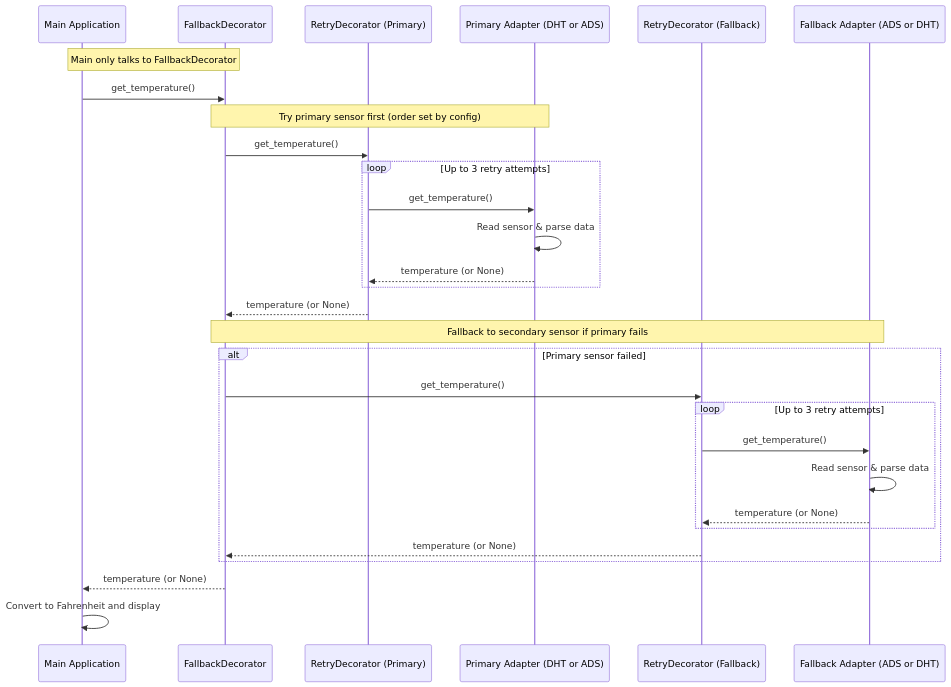
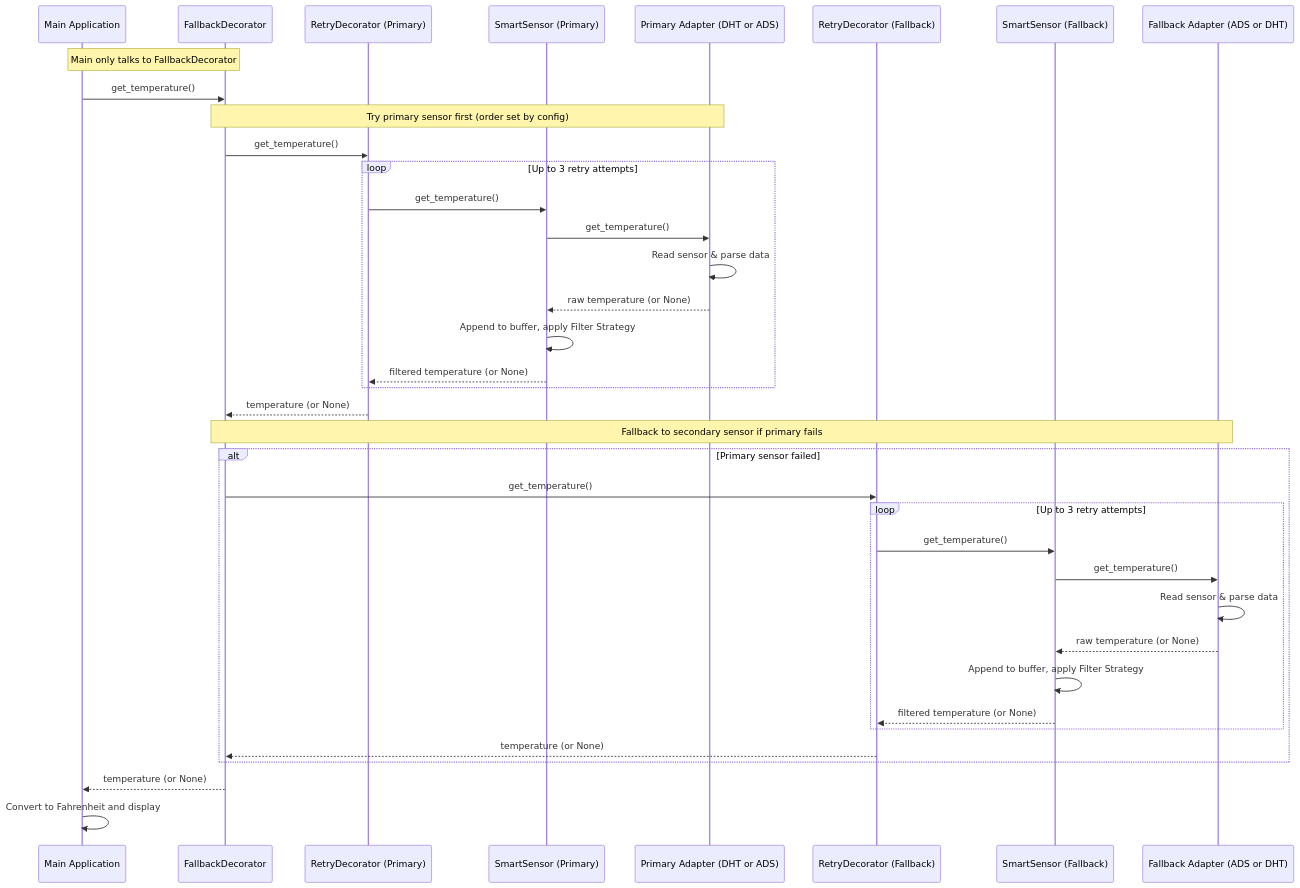
The diagram in Diagrams/sequenceDiagram.md (ethanDavison/427-P1-Adapter), drawn with Mermaid before and after one commit. The commit also changed 3 other files, not shown here.

Commit message:
Really just added Smart sensor between decorator and adapters

````diff
--- a/Diagrams/sequenceDiagram.md
+++ b/Diagrams/sequenceDiagram.md
@@ -1,44 +1,48 @@
 ```mermaid
 sequenceDiagram
     participant Main as Main Application
     participant FallbackDecorator as FallbackDecorator
     participant RetryA as RetryDecorator (Primary)
+    participant SmartA as SmartSensor (Primary)
     participant PrimaryAdapter as Primary Adapter (DHT or ADS)
     participant RetryB as RetryDecorator (Fallback)
+    participant SmartB as SmartSensor (Fallback)
     participant FallbackAdapter as Fallback Adapter (ADS or DHT)
 
-    %% Main just calls the top of the decorator stack
     Note over Main,FallbackDecorator: Main only talks to FallbackDecorator
     Main->>FallbackDecorator: get_temperature()
 
-    %% FallbackDecorator tries primary first
     Note over FallbackDecorator,PrimaryAdapter: Try primary sensor first (order set by config)
     FallbackDecorator->>RetryA: get_temperature()
 
     loop Up to 3 retry attempts
-        RetryA->>PrimaryAdapter: get_temperature()
+        RetryA->>SmartA: get_temperature()
+        SmartA->>PrimaryAdapter: get_temperature()
         PrimaryAdapter->>PrimaryAdapter: Read sensor & parse data
-        PrimaryAdapter-->>RetryA: temperature (or None)
+        PrimaryAdapter-->>SmartA: raw temperature (or None)
+        SmartA->>SmartA: Append to buffer, apply Filter Strategy
+        SmartA-->>RetryA: filtered temperature (or None)
     end
 
     RetryA-->>FallbackDecorator: temperature (or None)
 
-    %% ALT block for if primary fails, fallback to secondary
     Note over FallbackDecorator,FallbackAdapter: Fallback to secondary sensor if primary fails
     alt Primary sensor failed
         FallbackDecorator->>RetryB: get_temperature()
 
         loop Up to 3 retry attempts
-            RetryB->>FallbackAdapter: get_temperature()
+            RetryB->>SmartB: get_temperature()
+            SmartB->>FallbackAdapter: get_temperature()
             FallbackAdapter->>FallbackAdapter: Read sensor & parse data
-            FallbackAdapter-->>RetryB: temperature (or None)
+            FallbackAdapter-->>SmartB: raw temperature (or None)
+            SmartB->>SmartB: Append to buffer, apply Filter Strategy
+            SmartB-->>RetryB: filtered temperature (or None)
         end
 
         RetryB-->>FallbackDecorator: temperature (or None)
     end
 
     FallbackDecorator-->>Main: temperature (or None)
 
-    %% Same as before, outside of alt block so both paths hit this
     Main->>Main: Convert to Fahrenheit and display
 ```
````
